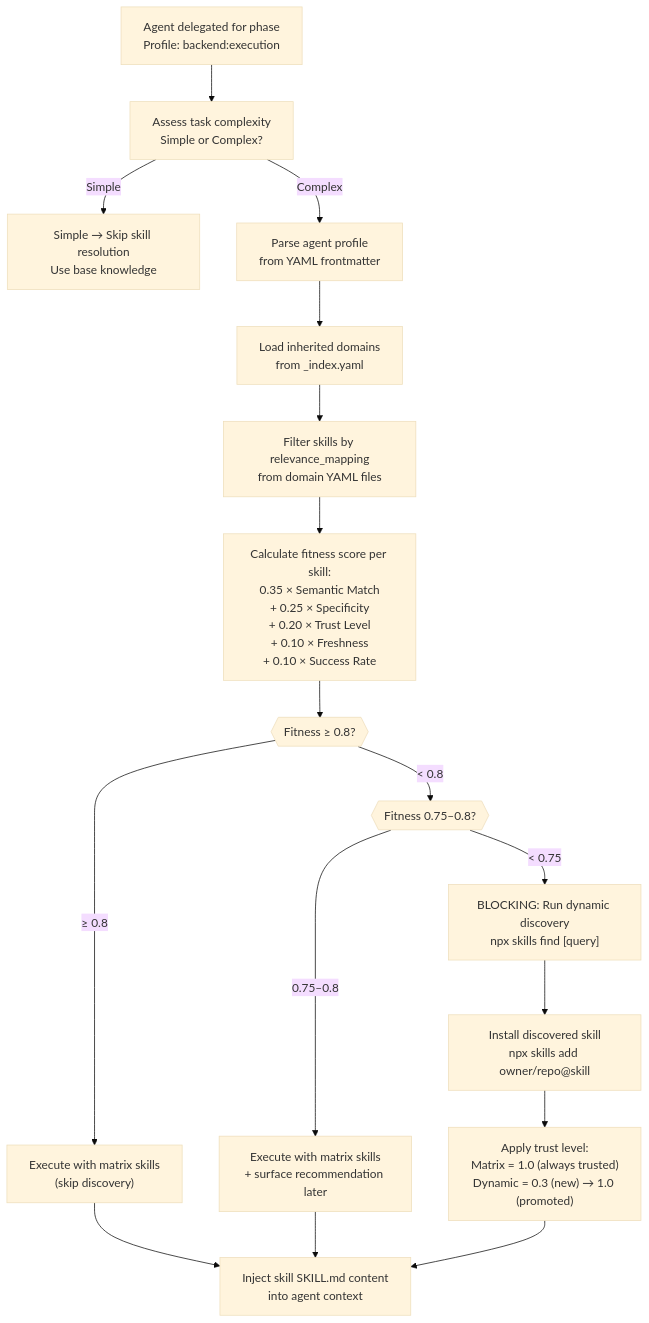
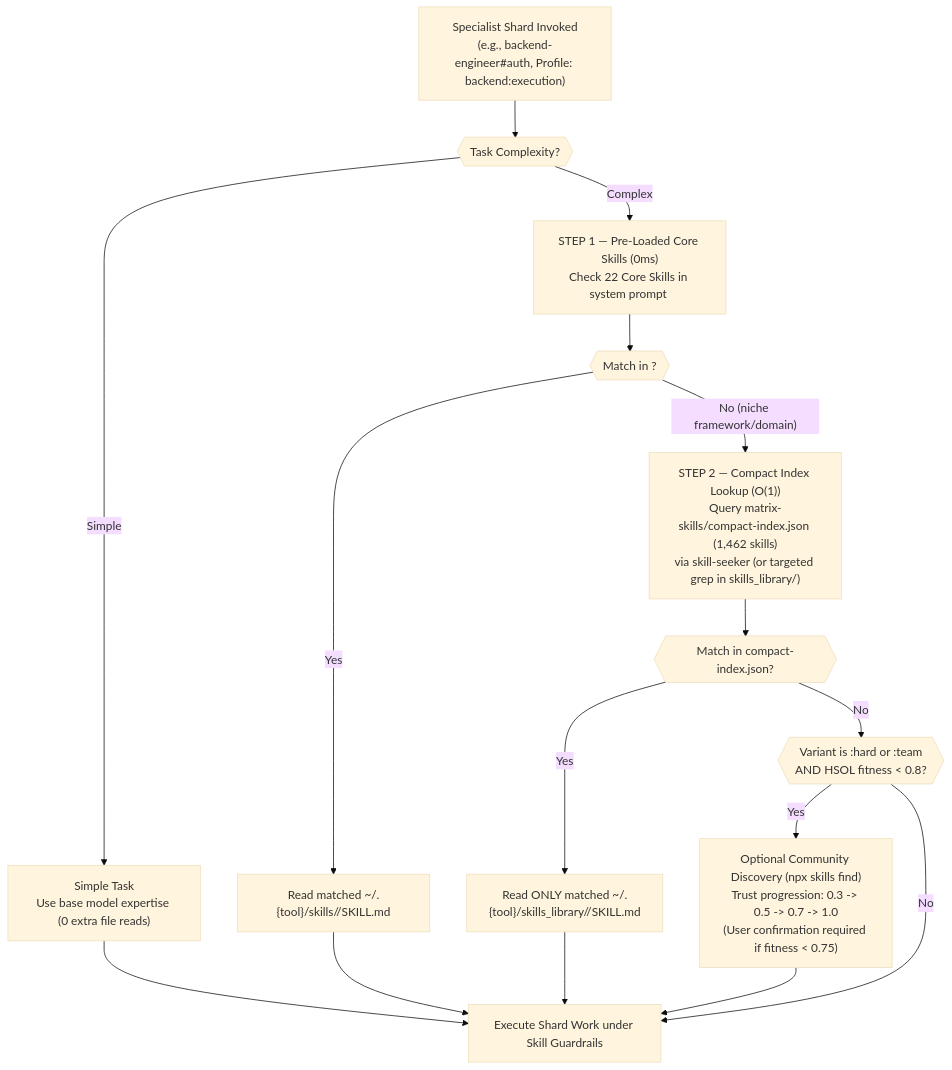
Before and after one commit to Kennyboom/BoomOpen-Workflow-Kit-Pro: the third of 5 diagrams in documents/knowledge-architecture/03-data-flow.md, drawn with Mermaid (base theme). The commit also changed other lines of this file and 302 other files, not shown here.

````diff
--- a/documents/knowledge-architecture/03-data-flow.md
+++ b/documents/knowledge-architecture/03-data-flow.md
@@ -150,41 +120,28 @@
 ```mermaid
 flowchart TD
-    TRIGGER["Agent delegated for phase<br/>Profile: backend:execution"]
-    
-    ASSESS["Assess task complexity<br/>Simple or Complex?"]
-    
-    SIMPLE["Simple → Skip skill resolution<br/>Use base knowledge"]
-    
-    PARSE["Parse agent profile<br/>from YAML frontmatter"]
-    LOAD["Load inherited domains<br/>from _index.yaml"]
-    FILTER["Filter skills by relevance_mapping<br/>from domain YAML files"]
-    
-    SCORE["Calculate fitness score per skill:<br/>0.35 × Semantic Match<br/>+ 0.25 × Specificity<br/>+ 0.20 × Trust Level<br/>+ 0.10 × Freshness<br/>+ 0.10 × Success Rate"]
-    
-    THRESHOLD{{"Fitness ≥ 0.8?"}}
-    ASYNC{{"Fitness 0.75–0.8?"}}
-    
-    USE["Execute with matrix skills<br/>(skip discovery)"]
-    RECOMMEND["Execute with matrix skills<br/>+ surface recommendation later"]
-    
-    DISCOVER["BLOCKING: Run dynamic discovery<br/>npx skills find [query]"]
-    INSTALL["Install discovered skill<br/>npx skills add owner/repo@skill"]
-    
-    TRUST["Apply trust level:<br/>Matrix = 1.0 (always trusted)<br/>Dynamic = 0.3 (new) → 1.0 (promoted)"]
-    
-    INJECT["Inject skill SKILL.md content<br/>into agent context"]
+    START["Specialist Shard Invoked<br/>(e.g., backend-engineer#auth, Profile: backend:execution)"]
+    COMPLEXITY{{"Task Complexity?"}}
+    SKIP["Simple Task<br/>Use base model expertise (0 extra file reads)"]
 
-    TRIGGER --> ASSESS
-    ASSESS -->|"Simple"| SIMPLE
-    ASSESS -->|"Complex"| PARSE
-    PARSE --> LOAD --> FILTER --> SCORE
-    SCORE --> THRESHOLD
-    THRESHOLD -->|"≥ 0.8"| USE
-    THRESHOLD -->|"< 0.8"| ASYNC
-    ASYNC -->|"0.75–0.8"| RECOMMEND
-    ASYNC -->|"< 0.75"| DISCOVER
-    DISCOVER --> INSTALL --> TRUST
-    TRUST --> INJECT
-    USE --> INJECT
-    RECOMMEND --> INJECT
+    STEP1["STEP 1 — Pre-Loaded Core Skills (0ms)<br/>Check 22 Core Skills in system prompt <skills>"]
+    IN_CORE{{"Match in <skills>?"}}
+    READ_CORE["Read matched ~/.{tool}/skills/<id>/SKILL.md"]
+
+    STEP2["STEP 2 — Compact Index Lookup (O(1))<br/>Query matrix-skills/compact-index.json (1,462 skills)<br/>via skill-seeker (or targeted grep in skills_library/)"]
+    IN_LIB{{"Match in compact-index.json?"}}
+    READ_LIB["Read ONLY matched ~/.{tool}/skills_library/<id>/SKILL.md"]
+
+    DYN{{"Variant is :hard or :team<br/>AND HSOL fitness < 0.8?"}}
+    COMMUNITY["Optional Community Discovery (npx skills find)<br/>Trust progression: 0.3 -> 0.5 -> 0.7 -> 1.0<br/>(User confirmation required if fitness < 0.75)"]
+    EXECUTE["Execute Shard Work under Skill Guardrails"]
+
+    START --> COMPLEXITY
+    COMPLEXITY -->|"Simple"| SKIP --> EXECUTE
+    COMPLEXITY -->|"Complex"| STEP1 --> IN_CORE
+    IN_CORE -->|"Yes"| READ_CORE --> EXECUTE
+    IN_CORE -->|"No (niche framework/domain)"| STEP2 --> IN_LIB
+    IN_LIB -->|"Yes"| READ_LIB --> EXECUTE
+    IN_LIB -->|"No"| DYN
+    DYN -->|"Yes"| COMMUNITY --> EXECUTE
+    DYN -->|"No"| EXECUTE
 ```
````
